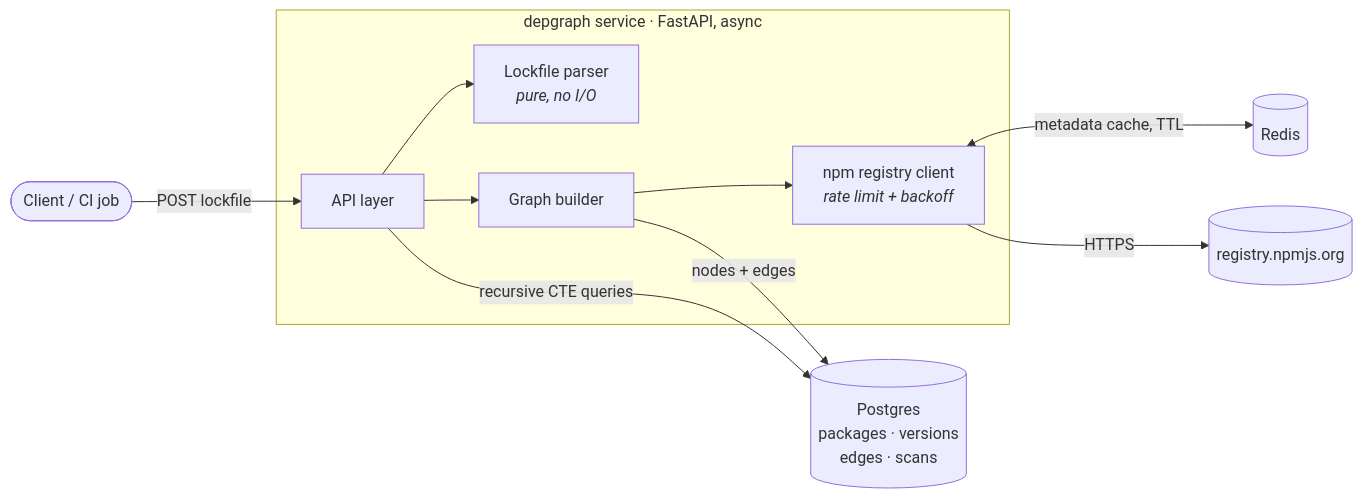
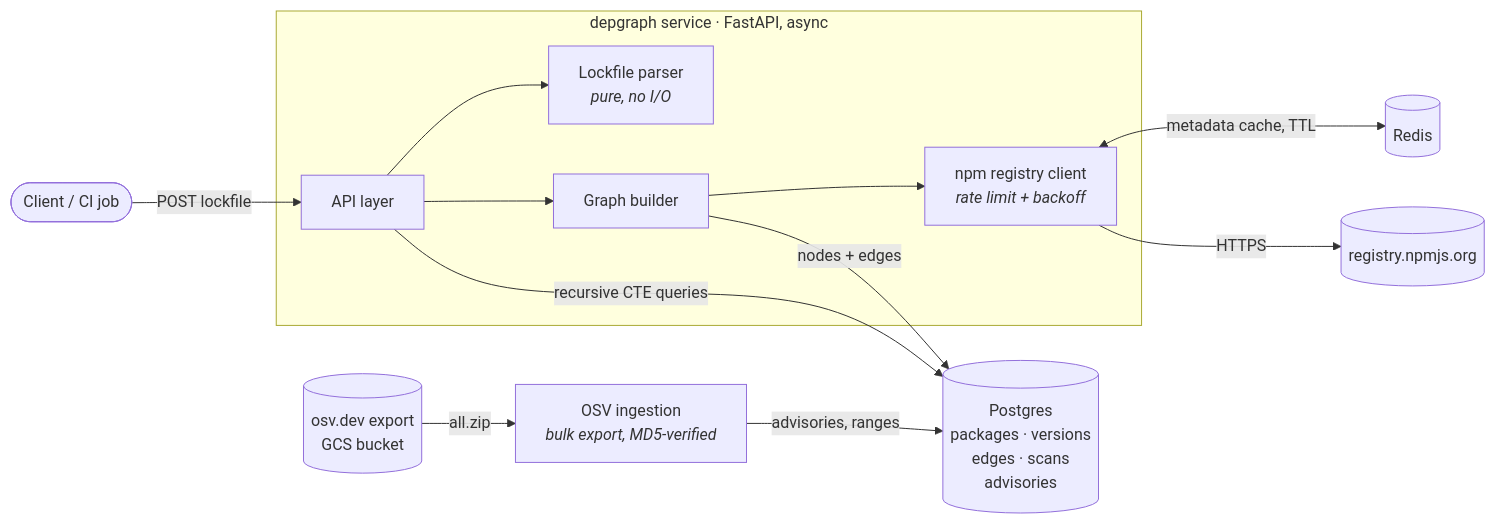
Before and after one commit to Aryav11111/depgraph: the first of 2 diagrams in README.md, drawn with Mermaid. The commit also changed other lines of this file and 24 other files, not shown here.

First line of the commit message:
Ingest OSV advisories (npm) from the bulk export

````diff
--- a/README.md
+++ b/README.md
@@ -35,15 +49,17 @@
 ```mermaid
 flowchart LR
     client([Client / CI job]) -->|POST lockfile| api
 
     subgraph depgraph [depgraph service · FastAPI, async]
         api[API layer] --> parser[Lockfile parser<br/><i>pure, no I/O</i>]
         api --> builder[Graph builder]
         builder --> registry[npm registry client<br/><i>rate limit + backoff</i>]
     end
 
-    builder -->|nodes + edges| pg[(Postgres<br/>packages · versions<br/>edges · scans)]
+    builder -->|nodes + edges| pg[(Postgres<br/>packages · versions<br/>edges · scans<br/>advisories)]
+    ingest[OSV ingestion<br/><i>bulk export, MD5-verified</i>] -->|advisories, ranges| pg
+    osv[(osv.dev export<br/>GCS bucket)] -->|all.zip| ingest
     api -->|recursive CTE queries| pg
     registry <-->|metadata cache, TTL| redis[(Redis)]
     registry -->|HTTPS| npm[(registry.npmjs.org)]
 ```
````
